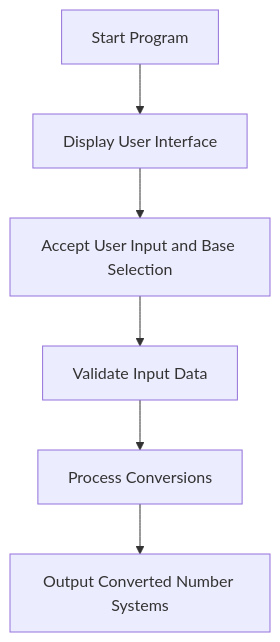
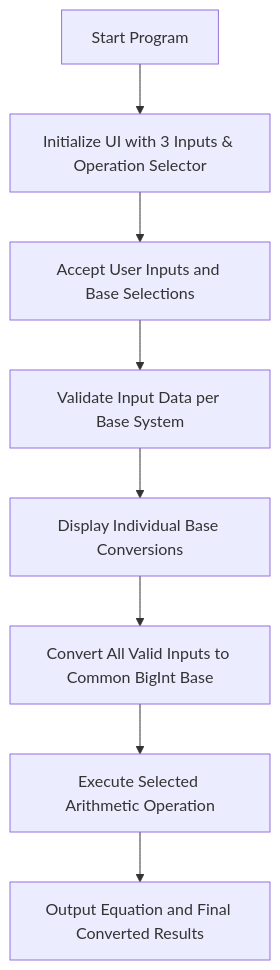
Before and after one commit to dontstaycozy/Number-System-Converter: the diagram in README.md, drawn with Mermaid. The commit also changed other lines of this file and 15 other files, not shown here.

````diff
--- a/README.md
+++ b/README.md
@@ -87,8 +66,10 @@
 ```mermaid
 graph TD
-  A[Start Program] --> B[Display User Interface]
-  B --> C[Accept User Input and Base Selection]
-  C --> D[Validate Input Data]
-  D --> E[Process Conversions]
-  E --> F[Output Converted Number Systems]
+  A[Start Program] --> B[Initialize UI with 3 Inputs & Operation Selector]
+  B --> C[Accept User Inputs and Base Selections]
+  C --> D[Validate Input Data per Base System]
+  D --> E[Display Individual Base Conversions]
+  E --> F[Convert All Valid Inputs to Common BigInt Base]
+  F --> G[Execute Selected Arithmetic Operation]
+  G --> H[Output Equation and Final Converted Results]
 ```
````
